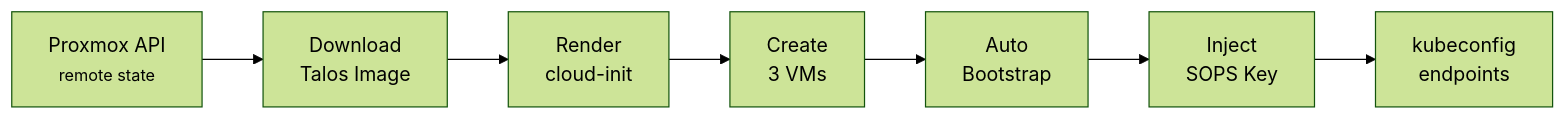
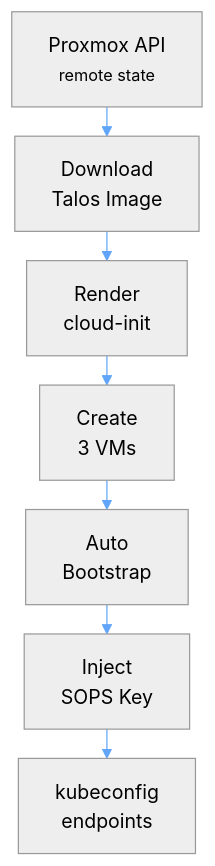
One commit to syscode-labs/oci-free-tier-manager changed diagram 13 of 18 in docs/ARCHITECTURE-DIAGRAMS.md. Above: the diagram before and after it, drawn with Mermaid. The commit also changed other lines of this file, not shown here.

First line of the commit message:
fix: make diagrams dark-mode compatible and prevent horizontal scrolling

````diff
--- a/docs/ARCHITECTURE-DIAGRAMS.md
+++ b/docs/ARCHITECTURE-DIAGRAMS.md
@@ -318,10 +343,10 @@
 ```mermaid
-%%{init: {'theme':'forest'}}%%
-graph LR
+%%{init: {'theme':'neutral', 'themeVariables': { 'lineColor': '#60a5fa', 'arrowheadColor': '#60a5fa' }, 'flowchart': { 'useMaxWidth': true, 'diagramPadding': 8, 'nodeSpacing': 16, 'rankSpacing': 24 } }}%%
+flowchart TB
     Inputs["Proxmox API<br/><small>remote state</small>"] --> Image["Download<br/>Talos Image"]
     Image --> CloudInit["Render<br/>cloud-init"]
     CloudInit --> VMs["Create<br/>3 VMs"]
     VMs --> Bootstrap["Auto<br/>Bootstrap"]
     Bootstrap --> Secret["Inject<br/>SOPS Key"]
     Secret --> Outputs["kubeconfig<br/>endpoints"]
 ```
````
